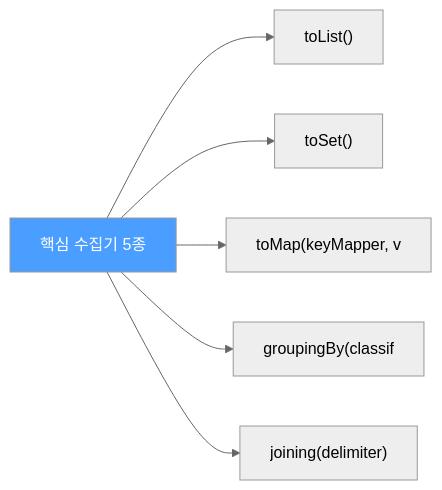
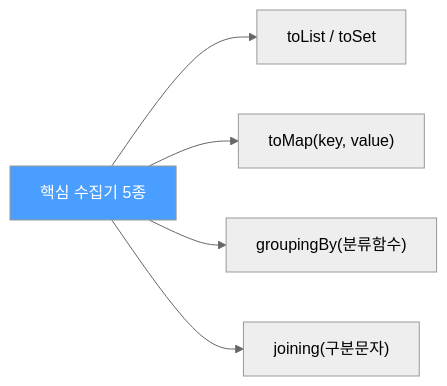
The diagram in _posts/java/2022-01-23-effective-java46.md (yjkim2015/yjkim2015.github.io), drawn with Mermaid (neutral theme) before and after one commit. The commit also changed 245 other files, not shown here.

First line of the commit message:
Mermaid 다이어그램 전면 수정 + 면접 포인트 접기/펼치기 + DB 데드락 페이지

````diff
--- a/_posts/java/2022-01-23-effective-java46.md
+++ b/_posts/java/2022-01-23-effective-java46.md
@@ -45,9 +45,8 @@
 ```mermaid
 graph LR
-    A["핵심 수집기 5종"] --> B["toList()"]
-    A --> C["toSet()"]
-    A --> D["toMap(keyMapper, v"]
-    A --> E["groupingBy(classif"]
-    A --> F["joining(delimiter)"]
+    A["핵심 수집기 5종"] --> B["toList / toSet"]
+    A --> C["toMap(key, value)"]
+    A --> D["groupingBy(분류함수)"]
+    A --> E["joining(구분문자)"]
     style A fill:#4a9eff,color:#fff
 ```
````
